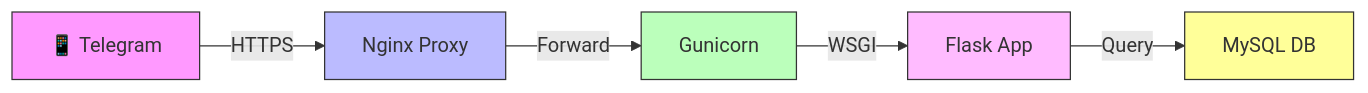
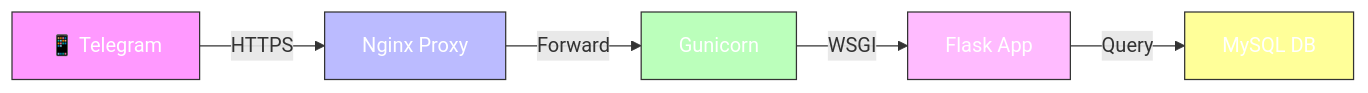
Before and after one commit to AlirezaJahaniBiglar/Uploader: the second of 3 diagrams in README.md, drawn with Mermaid.

````diff
--- a/README.md
+++ b/README.md
@@ -78,12 +78,19 @@
 ```mermaid
 graph LR
     A["📱 Telegram"] -->|"HTTPS"| B["Nginx Proxy"]
     B -->|"Forward"| C["Gunicorn"]
     C -->|"WSGI"| D["Flask App"]
     D -->|"Query"| E["MySQL DB"]
+
     style A fill:#f9f,stroke:#333
     style B fill:#bbf,stroke:#333
     style C fill:#bfb,stroke:#333
     style D fill:#fbf,stroke:#333
     style E fill:#ff9,stroke:#333
+
+    %% Define a class for white text color
+    classDef whiteText fill:#000,stroke:#333,color:#fff
+
+    %% Apply white text class to nodes
+    class A,B,C,D,E whiteText
 ```
````
